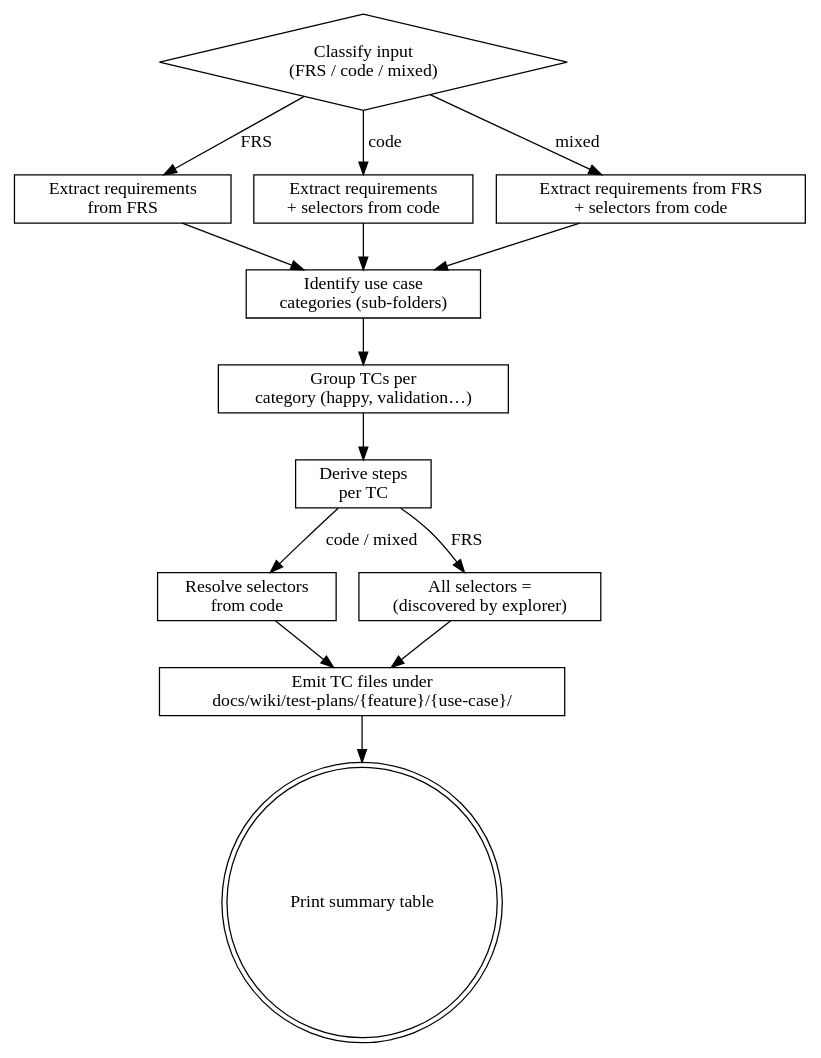
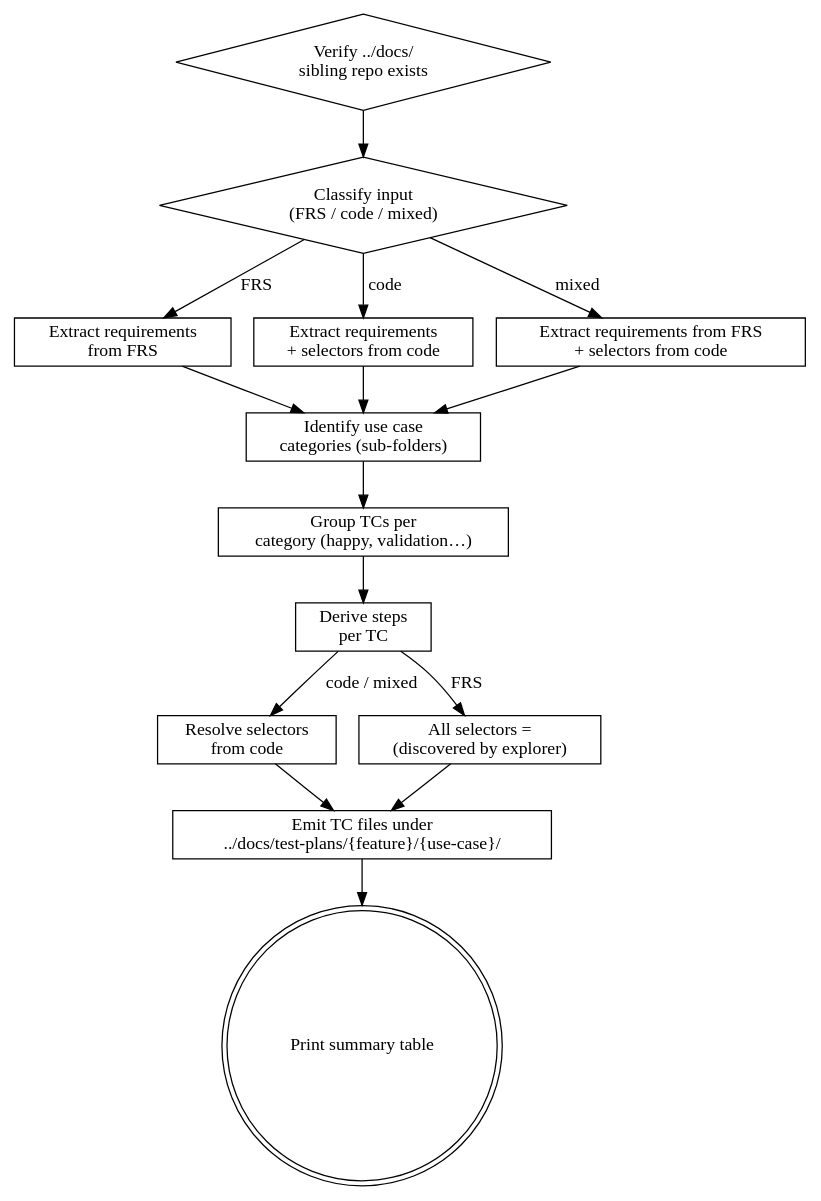
The diagram in .claude/skills/generate-test-plan/SKILL.md (nishantvegeta/featurespecartifact), drawn with Graphviz before and after one commit. The commit also changed other lines of this file and 31 other files, not shown here.

````diff
--- a/.claude/skills/generate-test-plan/SKILL.md
+++ b/.claude/skills/generate-test-plan/SKILL.md
@@ -155,31 +171,33 @@
 ```dot
 digraph process {
     rankdir=TB;
 
+    verify_ws [label="Verify ../docs/\nsibling repo exists" shape=diamond];
     classify [label="Classify input\n(FRS / code / mixed)" shape=diamond];
     extract_frs [label="Extract requirements\nfrom FRS" shape=box];
     extract_code [label="Extract requirements\n+ selectors from code" shape=box];
     extract_mixed [label="Extract requirements from FRS\n+ selectors from code" shape=box];
     categories [label="Identify use case\ncategories (sub-folders)" shape=box];
     group [label="Group TCs per\ncategory (happy, validation…)" shape=box];
     steps [label="Derive steps\nper TC" shape=box];
     selectors [label="Resolve selectors\nfrom code" shape=box];
     skip_sel [label="All selectors =\n(discovered by explorer)" shape=box];
-    emit [label="Emit TC files under\ndocs/wiki/test-plans/{feature}/{use-case}/" shape=box];
+    emit [label="Emit TC files under\n../docs/test-plans/{feature}/{use-case}/" shape=box];
     summary [label="Print summary table" shape=doublecircle];
 
+    verify_ws -> classify;
     classify -> extract_frs [label="FRS"];
     classify -> extract_code [label="code"];
     classify -> extract_mixed [label="mixed"];
     extract_frs -> categories;
     extract_code -> categories;
     extract_mixed -> categories;
     categories -> group;
     group -> steps;
     steps -> selectors [label="code / mixed"];
     steps -> skip_sel [label="FRS"];
     selectors -> emit;
     skip_sel -> emit;
     emit -> summary;
 }
 ```
````
